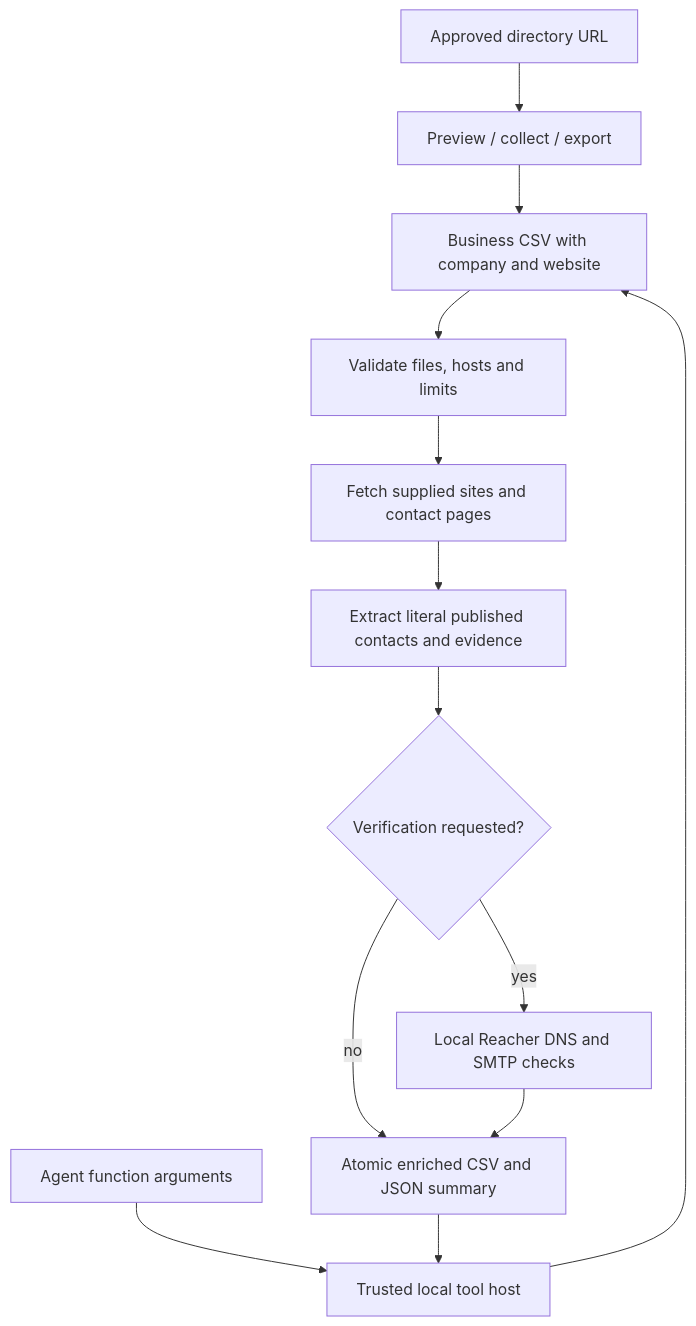
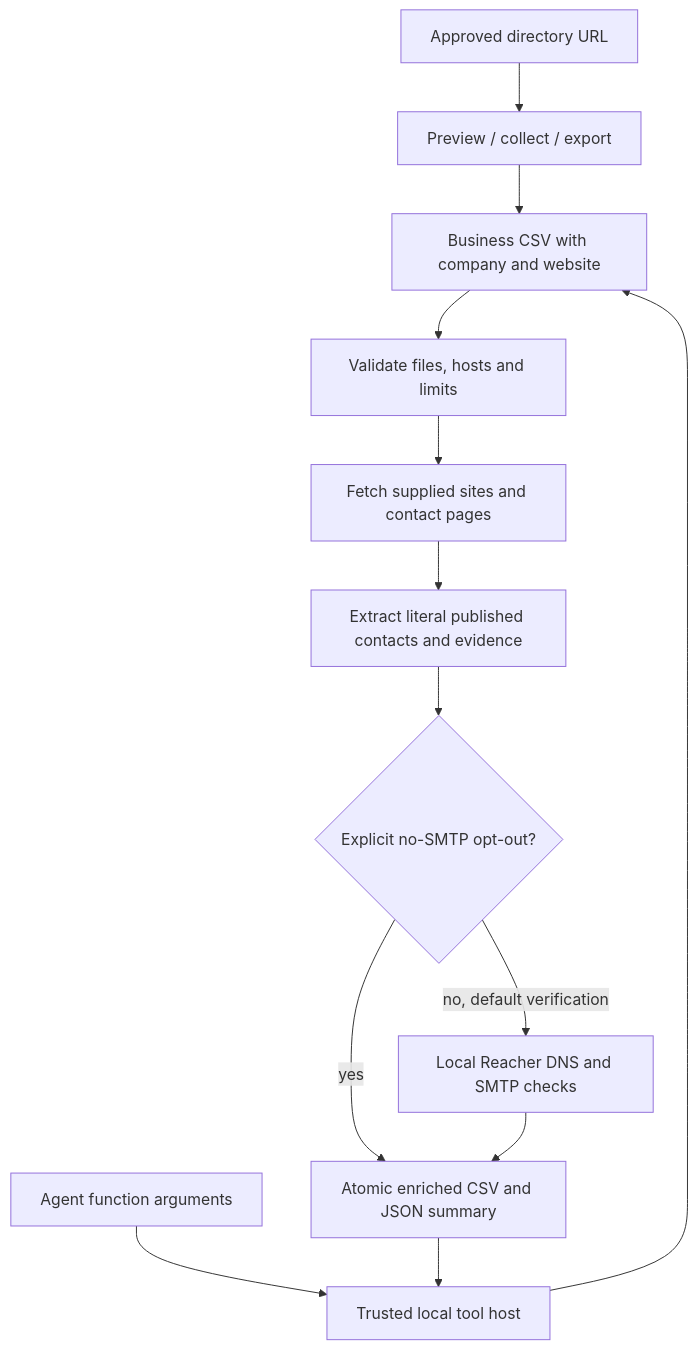
One commit to GopalGB/FridayOutreach changed the diagram in docs/AGENT-USAGE.md. Above: the diagram before and after it, drawn with Mermaid. The commit also changed other lines of this file and 13 other files, not shown here.

````diff
--- a/docs/AGENT-USAGE.md
+++ b/docs/AGENT-USAGE.md
@@ -56,15 +59,15 @@
 ```mermaid
 flowchart TD
   S[Approved directory URL] --> C[Preview / collect / export]
   C --> I[Business CSV with company and website]
   A[Agent function arguments] --> H[Trusted local tool host]
   H --> I
   I --> P[Validate files, hosts and limits]
   P --> F[Fetch supplied sites and contact pages]
   F --> E[Extract literal published contacts and evidence]
-  E --> V{Verification requested?}
-  V -->|yes| R[Local Reacher DNS and SMTP checks]
-  V -->|no| O[Atomic enriched CSV and JSON summary]
+  E --> V{Explicit no-SMTP opt-out?}
+  V -->|no, default verification| R[Local Reacher DNS and SMTP checks]
+  V -->|yes| O[Atomic enriched CSV and JSON summary]
   R --> O
   O --> H
 ```
````
